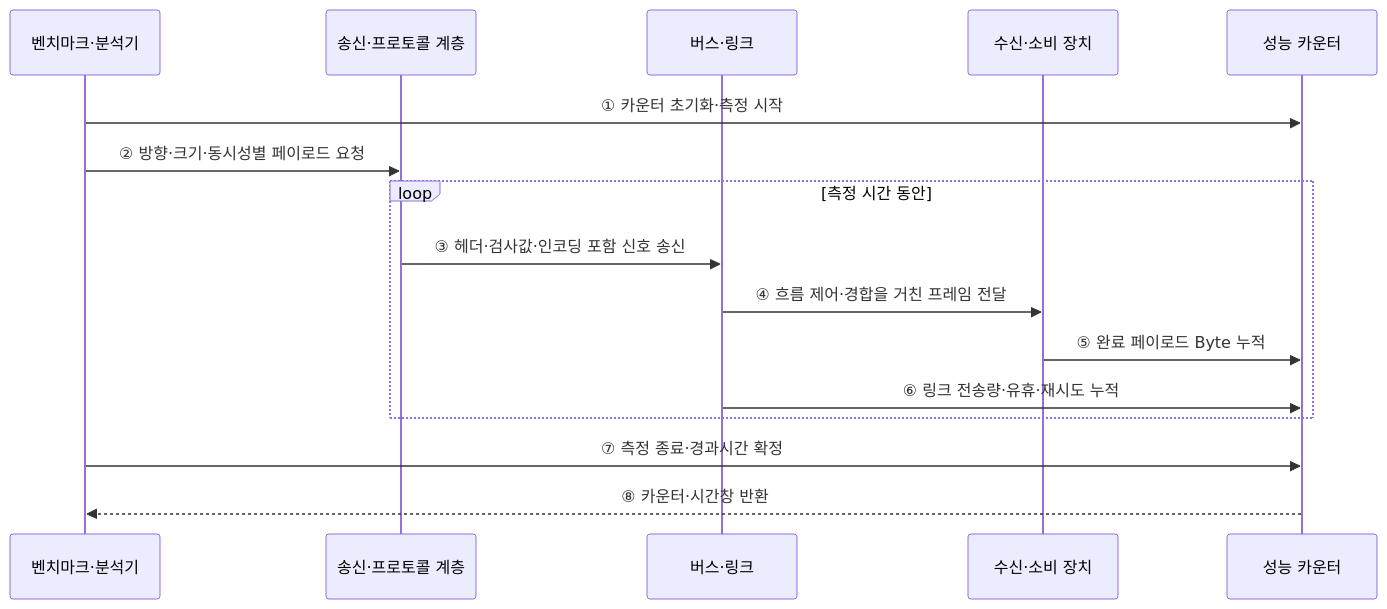
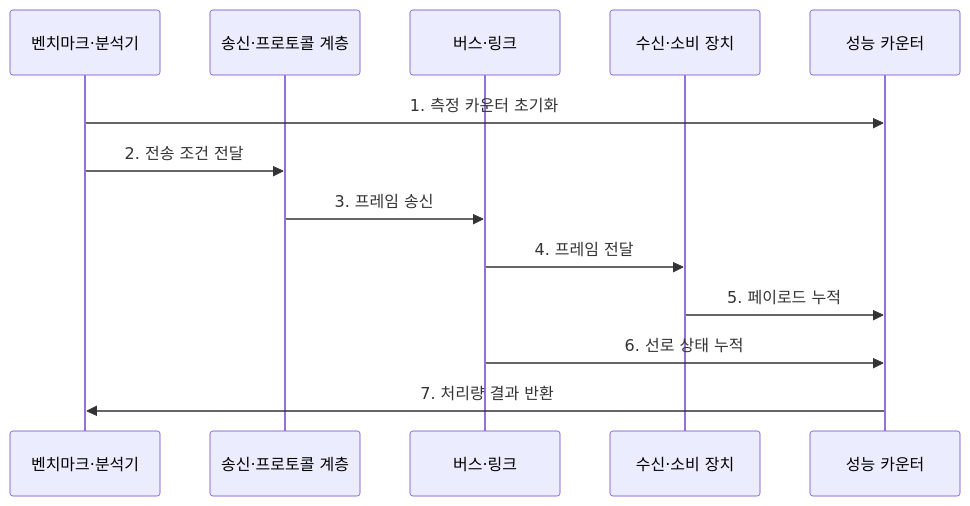
Before and after one commit to agnusdei1207/knowledge-base: the second of 2 diagrams in src/content/docs/notes/02-hardware/076_bus_bandwidth.md, drawn with Mermaid. The commit also changed other lines of this file and 20 other files, not shown here.

````diff
--- a/src/content/docs/notes/02-hardware/076_bus_bandwidth.md
+++ b/src/content/docs/notes/02-hardware/076_bus_bandwidth.md
@@ -73,19 +84,16 @@
 ```mermaid
 sequenceDiagram
     participant B as 벤치마크·분석기
     participant S as 송신·프로토콜 계층
     participant L as 버스·링크
     participant R as 수신·소비 장치
     participant M as 성능 카운터
 
-    B->>M: ① 카운터 초기화·측정 시작
-    B->>S: ② 방향·크기·동시성별 페이로드 요청
-    loop 측정 시간 동안
-        S->>L: ③ 헤더·검사값·인코딩 포함 신호 송신
-        L->>R: ④ 흐름 제어·경합을 거친 프레임 전달
-        R->>M: ⑤ 완료 페이로드 Byte 누적
-        L->>M: ⑥ 링크 전송량·유휴·재시도 누적
-    end
-    B->>M: ⑦ 측정 종료·경과시간 확정
-    M-->>B: ⑧ 카운터·시간창 반환
+    B->>M: 1. 측정 카운터 초기화
+    B->>S: 2. 전송 조건 전달
+    S->>L: 3. 프레임 송신
+    L->>R: 4. 프레임 전달
+    R->>M: 5. 페이로드 누적
+    L->>M: 6. 선로 상태 누적
+    M->>B: 7. 처리량 결과 반환
 ```
````
